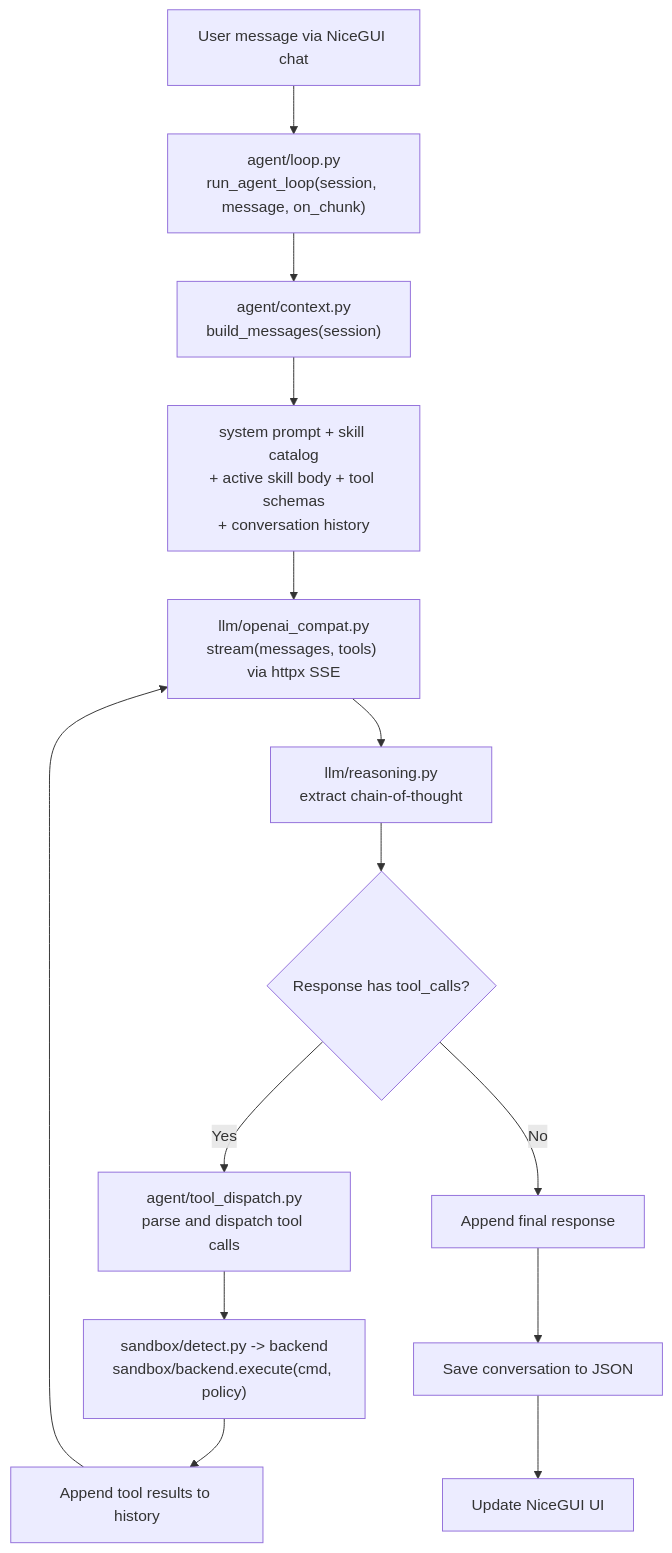
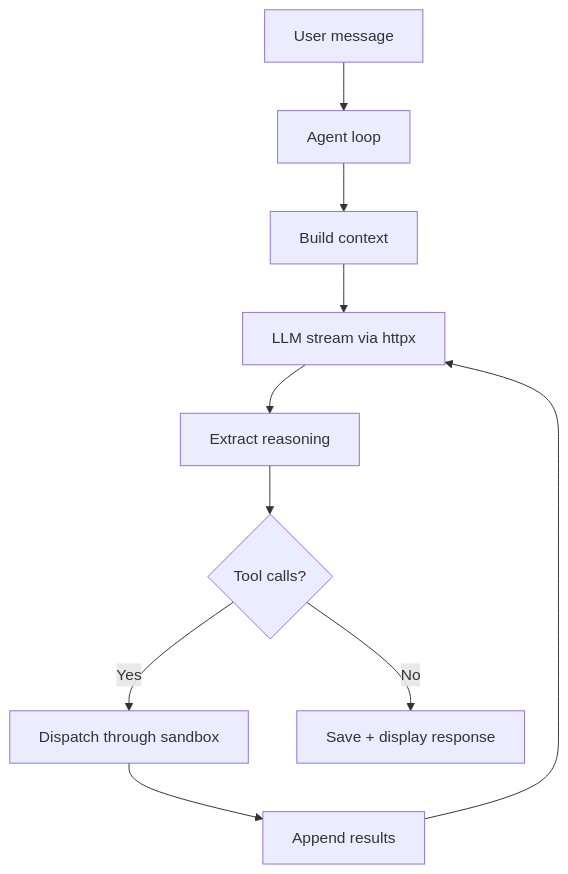
One commit to tianjianjiang/stoiquent changed the diagram in docs/requirements.md. Above: the diagram before and after it, drawn with Mermaid. The commit also changed other lines of this file, not shown here.

````diff
--- a/docs/requirements.md
+++ b/docs/requirements.md
@@ -504,16 +281,12 @@
 ```mermaid
 flowchart TD
-    A[User message via NiceGUI chat] --> B["agent/loop.py\nrun_agent_loop(session, message, on_chunk)"]
-    B --> C["agent/context.py\nbuild_messages(session)"]
-    C --> D["system prompt + skill catalog\n+ active skill body + tool schemas\n+ conversation history"]
-    D --> E["llm/openai_compat.py\nstream(messages, tools) via httpx SSE"]
-    E --> F["llm/reasoning.py\nextract chain-of-thought"]
-    F --> G{Response has tool_calls?}
-    G -- Yes --> H["agent/tool_dispatch.py\nparse and dispatch tool calls"]
-    H --> I["sandbox/detect.py -> backend\nsandbox/backend.execute(cmd, policy)"]
-    I --> J[Append tool results to history]
-    J --> E
-    G -- No --> K[Append final response]
-    K --> L[Save conversation to JSON]
-    L --> M[Update NiceGUI UI]
+    A[User message] --> B[Agent loop]
+    B --> C[Build context]
+    C --> D[LLM stream via httpx]
+    D --> E[Extract reasoning]
+    E --> F{Tool calls?}
+    F -- Yes --> G[Dispatch through sandbox]
+    G --> H[Append results]
+    H --> D
+    F -- No --> I[Save + display response]
 ```
````
